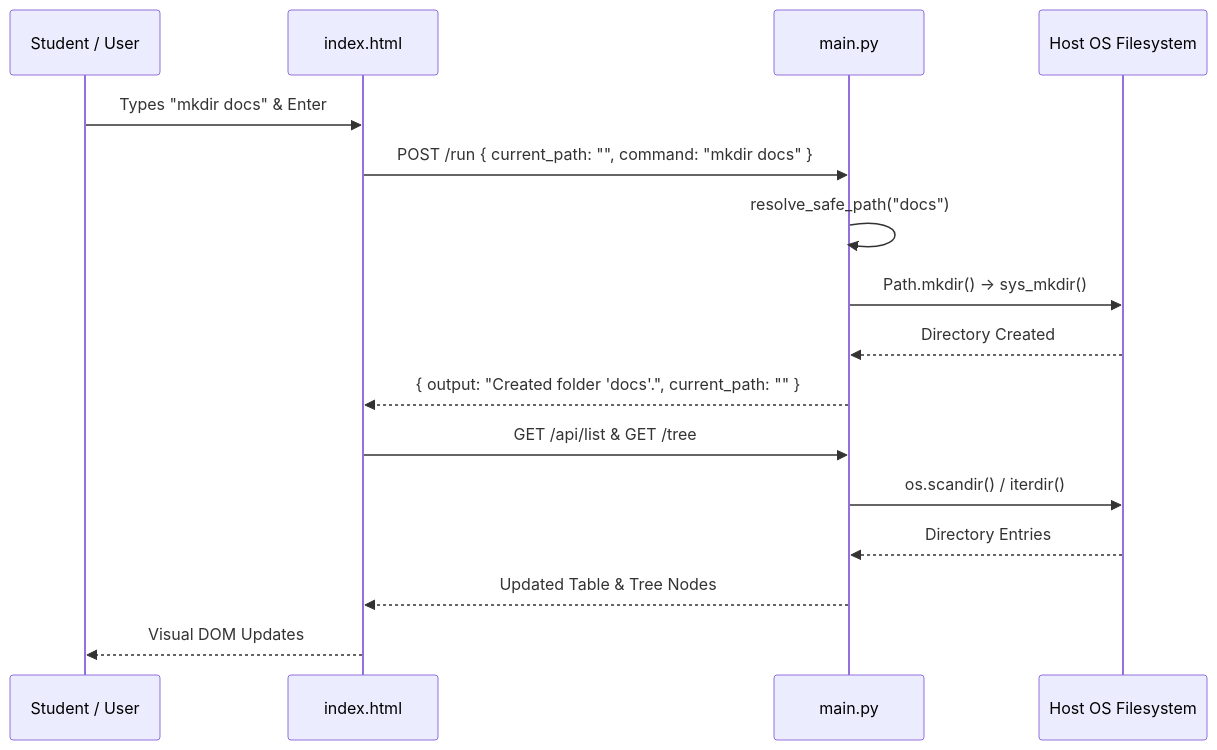
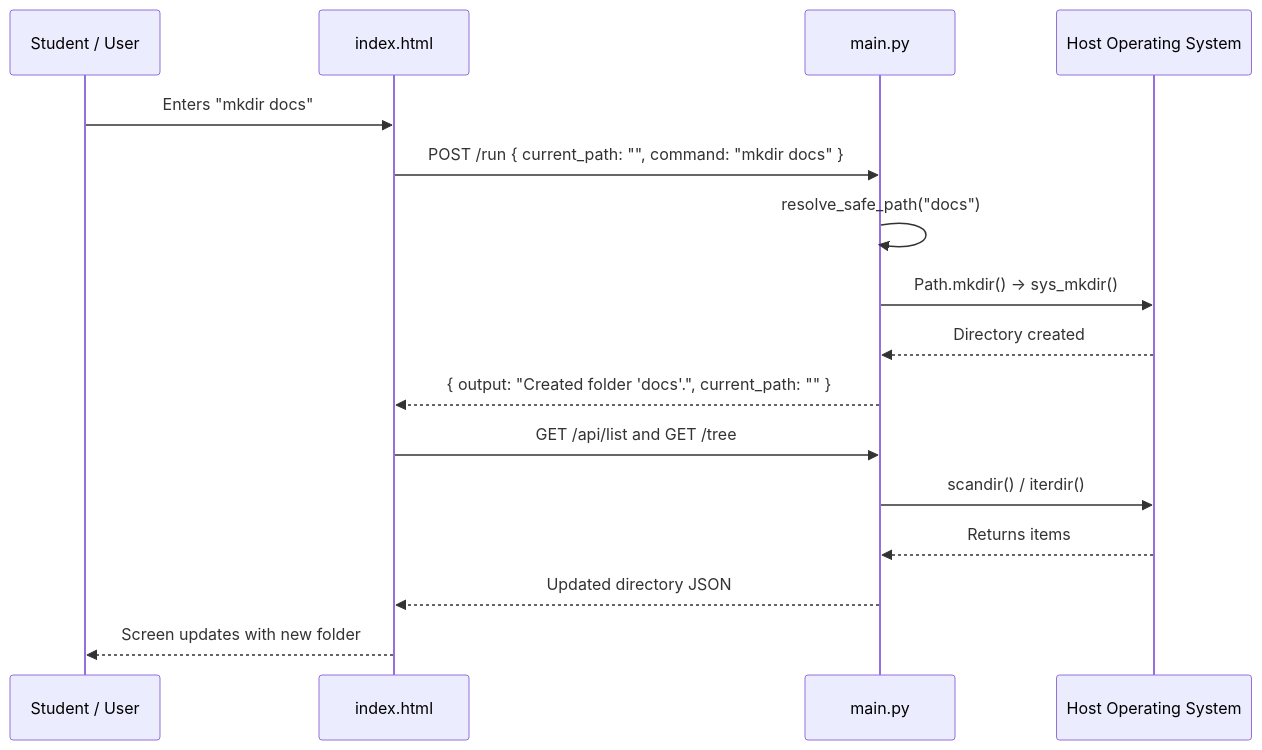
One commit to rachit-mangawa/os_project_file_system_and_file_management changed the second of 3 diagrams in report.md. Above: the diagram before and after it, drawn with Mermaid. The commit also changed other lines of this file and 4 other files, not shown here.

````diff
--- a/report.md
+++ b/report.md
@@ -75,19 +64,19 @@
 ```mermaid
 sequenceDiagram
     participant User as Student / User
     participant Browser as index.html
     participant Backend as main.py
-    participant OS as Host OS Filesystem
+    participant OS as Host Operating System
 
-    User->>Browser: Types "mkdir docs" & Enter
+    User->>Browser: Enters "mkdir docs"
     Browser->>Backend: POST /run { current_path: "", command: "mkdir docs" }
     Backend->>Backend: resolve_safe_path("docs")
     Backend->>OS: Path.mkdir() -> sys_mkdir()
-    OS-->>Backend: Directory Created
+    OS-->>Backend: Directory created
     Backend-->>Browser: { output: "Created folder 'docs'.", current_path: "" }
-    Browser->>Backend: GET /api/list & GET /tree
-    Backend->>OS: os.scandir() / iterdir()
-    OS-->>Backend: Directory Entries
-    Backend-->>Browser: Updated Table & Tree Nodes
-    Browser-->>User: Visual DOM Updates
+    Browser->>Backend: GET /api/list and GET /tree
+    Backend->>OS: scandir() / iterdir()
+    OS-->>Backend: Returns items
+    Backend-->>Browser: Updated directory JSON
+    Browser-->>User: Screen updates with new folder
 ```
````
